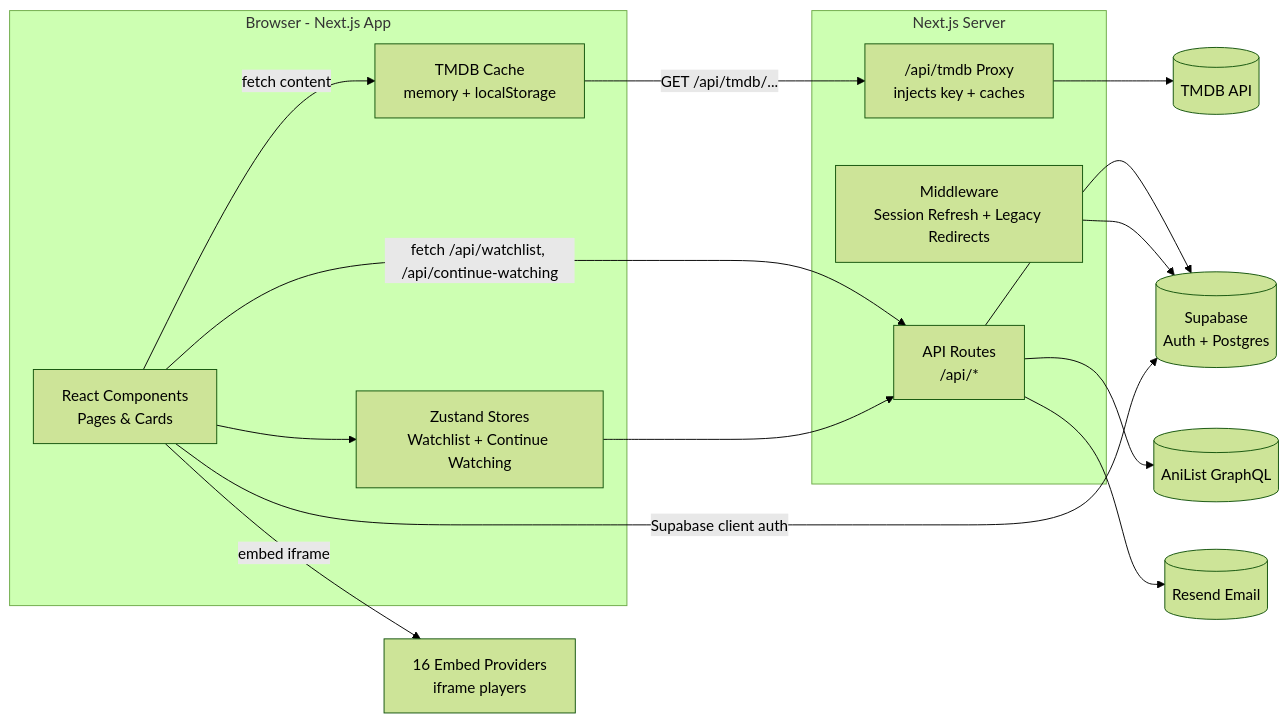
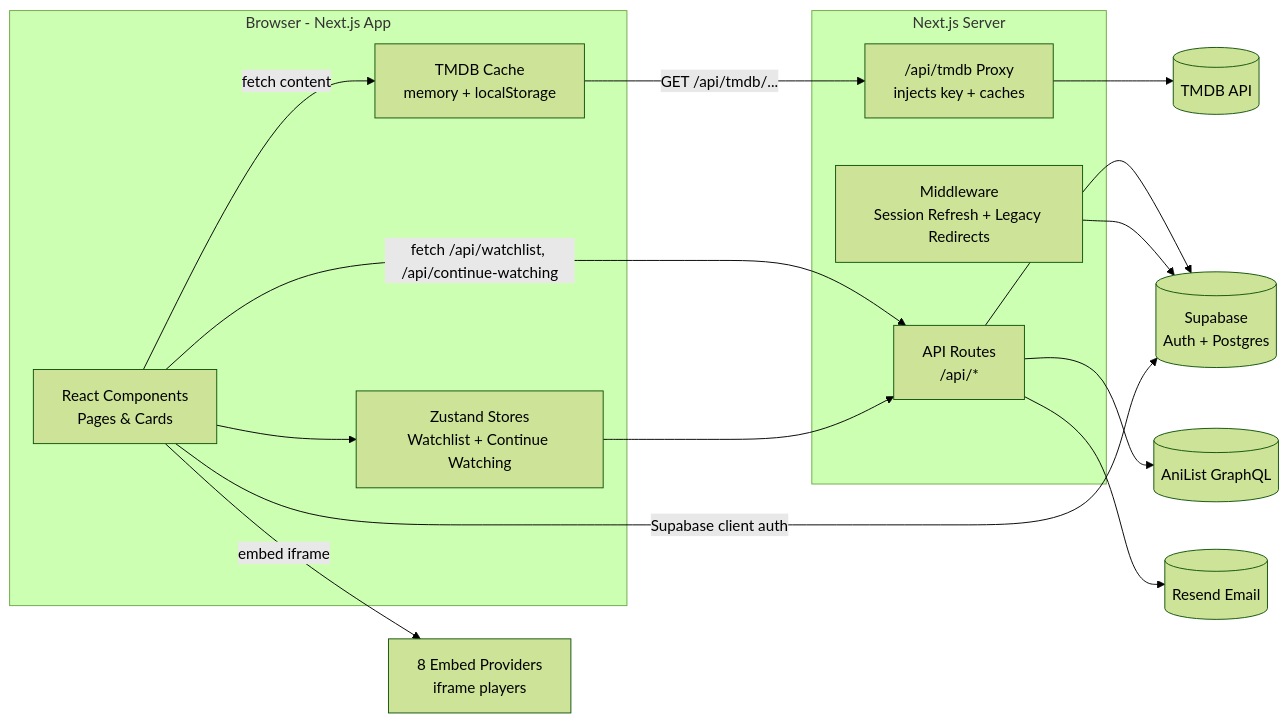
Before and after one commit to Manvithudupa/movime: the diagram in README.md, drawn with Mermaid (forest theme). The commit also changed other lines of this file and 5 other files, not shown here.

````diff
--- a/README.md
+++ b/README.md
@@ -179,33 +179,33 @@
 ```mermaid
 flowchart LR
     subgraph Browser[Browser - Next.js App]
         UI[React Components<br/>Pages & Cards]
         ZS[Zustand Stores<br/>Watchlist + Continue Watching]
         CACHE[TMDB Cache<br/>memory + localStorage]
     end
 
     subgraph API[Next.js Server]
         AR["API Routes<br/>/api/*"]
         PXY["/api/tmdb Proxy<br/>injects key + caches"]
         MW[Middleware<br/>Session Refresh + Legacy Redirects]
     end
 
     TMDB[(TMDB API)]
     ANI[(AniList GraphQL)]
     SUP[(Supabase<br/>Auth + Postgres)]
     RES[(Resend Email)]
-    EMB[16 Embed Providers<br/>iframe players]
+    EMB[8 Embed Providers<br/>iframe players]
 
     UI -->|fetch content| CACHE
     CACHE -->|GET /api/tmdb/...| PXY
     PXY --> TMDB
     UI -->|fetch /api/watchlist, /api/continue-watching| AR
     UI -->|embed iframe| EMB
     AR --> SUP
     AR --> ANI
     AR --> RES
     MW --> SUP
     UI --> ZS
     ZS --> AR
     UI -->|Supabase client auth| SUP
 ```
````
